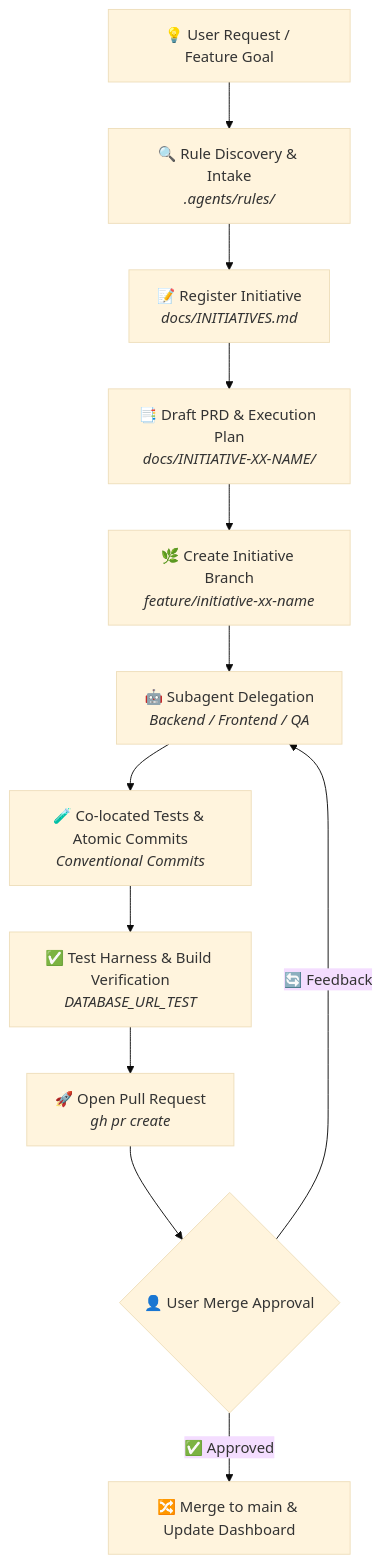
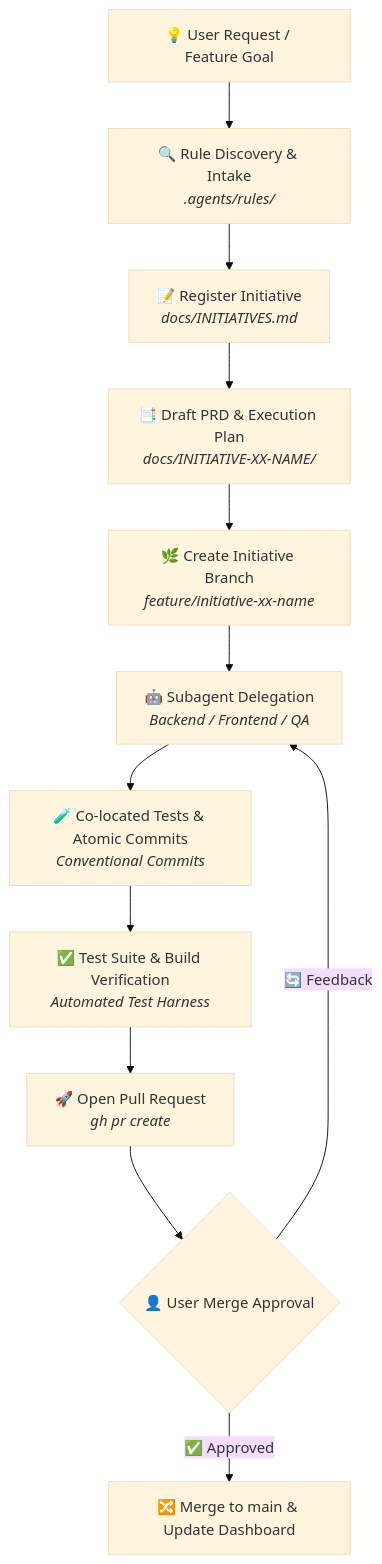
The diagram in README.md (sparrownet/agentic-starter-kit), drawn with Mermaid (base theme) before and after one commit. The commit also changed other lines of this file and 4 other files, not shown here.

````diff
--- a/README.md
+++ b/README.md
@@ -48,14 +47,14 @@
 ```mermaid
 flowchart TD
     A[💡 User Request / Feature Goal] --> B[🔍 Rule Discovery & Intake<br/><i>.agents/rules/</i>]
     B --> C[📝 Register Initiative<br/><i>docs/INITIATIVES.md</i>]
     C --> D[📑 Draft PRD & Execution Plan<br/><i>docs/INITIATIVE-XX-NAME/</i>]
     D --> E[🌿 Create Initiative Branch<br/><i>feature/initiative-xx-name</i>]
     E --> F[🤖 Subagent Delegation<br/><i>Backend / Frontend / QA</i>]
     F --> G[🧪 Co-located Tests & Atomic Commits<br/><i>Conventional Commits</i>]
-    G --> H[✅ Test Harness & Build Verification<br/><i>DATABASE_URL_TEST</i>]
+    G --> H[✅ Test Suite & Build Verification<br/><i>Automated Test Harness</i>]
     H --> I[🚀 Open Pull Request<br/><i>gh pr create</i>]
     I --> J{👤 User Merge Approval}
     J -->|✅ Approved| K[🔀 Merge to main & Update Dashboard]
     J -->|🔄 Feedback| F
 ```
````
